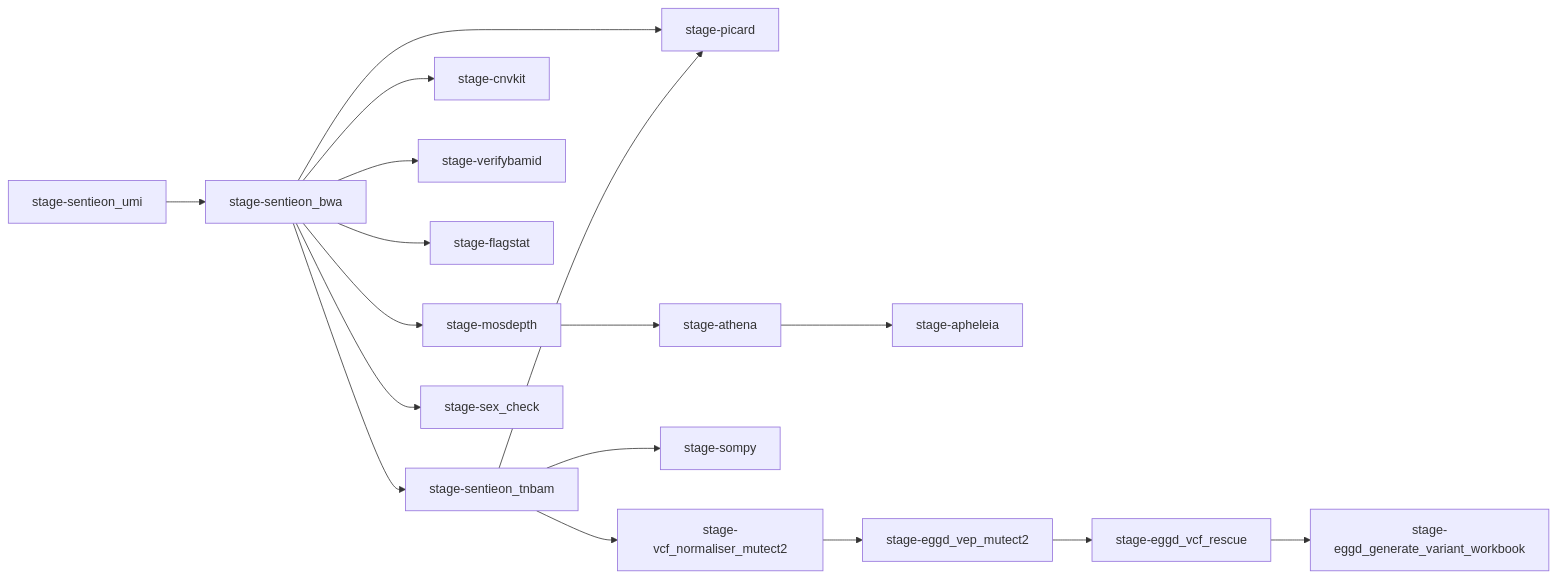
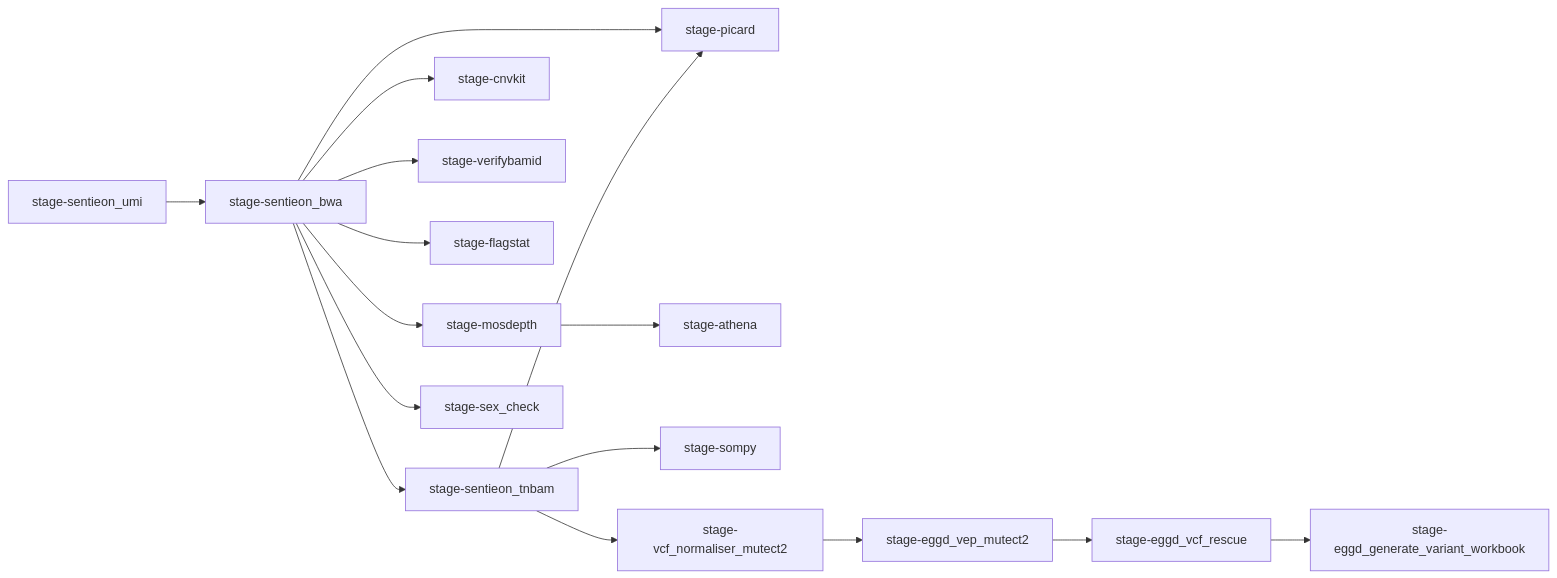
The diagram in README.md (eastgenomics/eggd_atlas_main_workflow), drawn with Mermaid before and after one commit. The commit also changed other lines of this file and 1 other file, not shown here.

Commit message:
rm'd apheleia as not needed.

````diff
--- a/README.md
+++ b/README.md
@@ -26,42 +25,40 @@
 ```mermaid
 graph LR
   S_BWA["stage-sentieon_bwa"]
   S_UMI["stage-sentieon_umi"]
   S_TNBAM["stage-sentieon_tnbam"]
   CNV["stage-cnvkit"]
   VERIFY["stage-verifybamid"]
   PICARD["stage-picard"]
   FLAG["stage-flagstat"]
   MOS["stage-mosdepth"]
   ATH["stage-athena"]
   SEX["stage-sex_check"]
   SOMPY["stage-sompy"]
-  APH["stage-apheleia"]
   VN_MUT["stage-vcf_normaliser_mutect2"]
   VEP_MUT["stage-eggd_vep_mutect2"]
   RESCUE["stage-eggd_vcf_rescue"]
   GENWB["stage-eggd_generate_variant_workbook"]
 
   %% Primary data flow edges (from JSON links)
   S_BWA --> S_TNBAM
   S_UMI --> S_BWA
   S_BWA --> CNV
   S_BWA --> VERIFY
   S_BWA --> PICARD
   S_TNBAM --> PICARD
   S_BWA --> FLAG
   S_BWA --> MOS
   MOS --> ATH
-  ATH --> APH
   S_BWA --> SEX
   S_TNBAM --> SOMPY
 
   %% VCF normalization / annotation flow
   S_TNBAM --> VN_MUT
   VN_MUT --> VEP_MUT
   VEP_MUT --> RESCUE
   RESCUE --> GENWB
 
   %% Independent/standalone nodes
 
 ```
````
